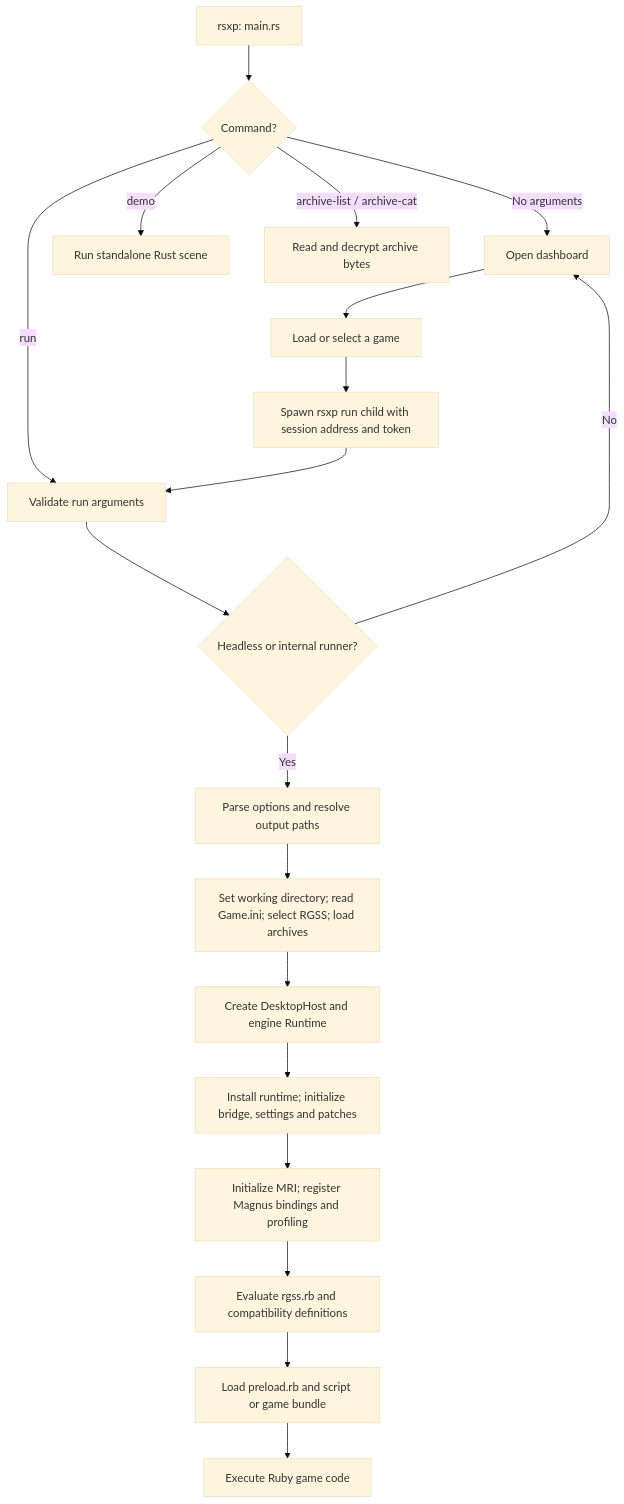
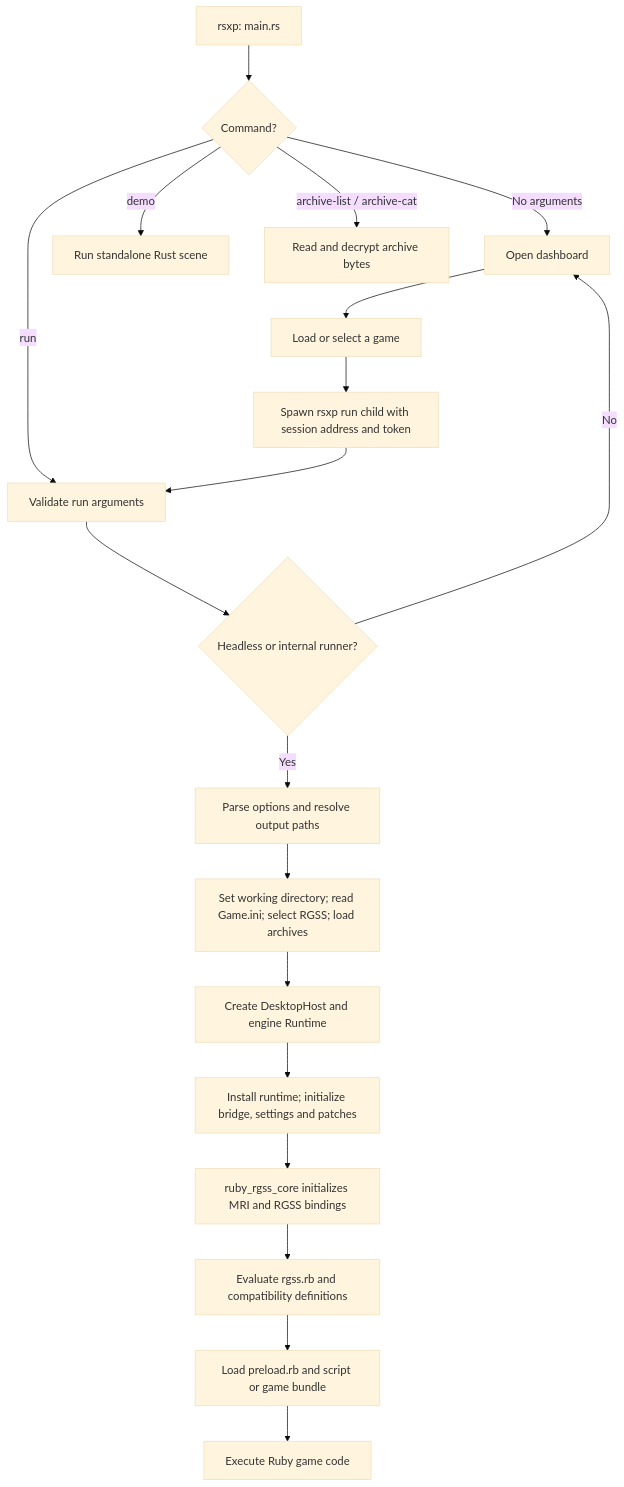
One commit to Rucadi/rsxp changed the second of 5 diagrams in docs/architecture.md. Above: the diagram before and after it, drawn with Mermaid (base theme). The commit also changed other lines of this file and 96 other files, not shown here.

Commit message:
separate ruby core

````diff
--- a/docs/architecture.md
+++ b/docs/architecture.md
@@ -73,21 +76,21 @@
 ```mermaid
 flowchart TD
     Start["rsxp: main.rs"] --> Mode{"Command?"}
     Mode -->|"No arguments"| Dashboard["Open dashboard"]
     Mode -->|"run"| Validate["Validate run arguments"]
     Mode -->|"demo"| Demo["Run standalone Rust scene"]
     Mode -->|"archive-list / archive-cat"| Archive["Read and decrypt archive bytes"]
     Validate --> Route{"Headless or internal runner?"}
     Route -->|"No"| Dashboard
     Dashboard --> Select["Load or select a game"]
     Select --> Spawn["Spawn rsxp run child with session address and token"]
     Spawn --> Validate
     Route -->|"Yes"| Options["Parse options and resolve output paths"]
     Options --> Config["Set working directory; read Game.ini; select RGSS; load archives"]
     Config --> Host["Create DesktopHost and engine Runtime"]
     Host --> State["Install runtime; initialize bridge, settings and patches"]
-    State --> MRI["Initialize MRI; register Magnus bindings and profiling"]
+    State --> MRI["ruby_rgss_core initializes MRI and RGSS bindings"]
     MRI --> Shim["Evaluate rgss.rb and compatibility definitions"]
     Shim --> Load["Load preload.rb and script or game bundle"]
     Load --> Game["Execute Ruby game code"]
 ```
````
